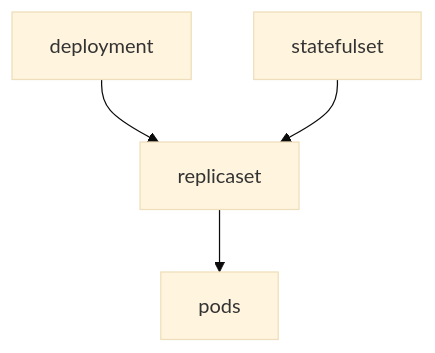
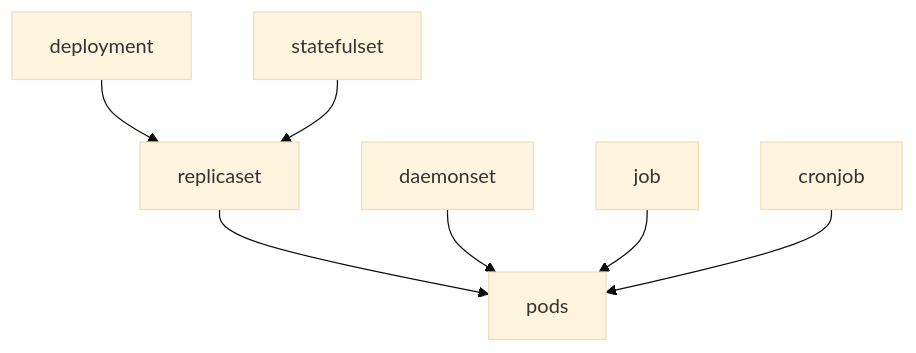
Before and after one commit to rbaihis/k8s_basics: the first of 2 diagrams in ANNOTATIONS_AND_LABELS.md, drawn with Mermaid (base theme).

````diff
--- a/ANNOTATIONS_AND_LABELS.md
+++ b/ANNOTATIONS_AND_LABELS.md
@@ -21,7 +21,9 @@
 ```mermaid
 graph TD;
 deployment-->replicaset;
 statefulset-->replicaset;
 replicaset-->pods;
-
+daemonset-->pods;
+job-->pods;
+cronjob-->pods;
 ```
````
